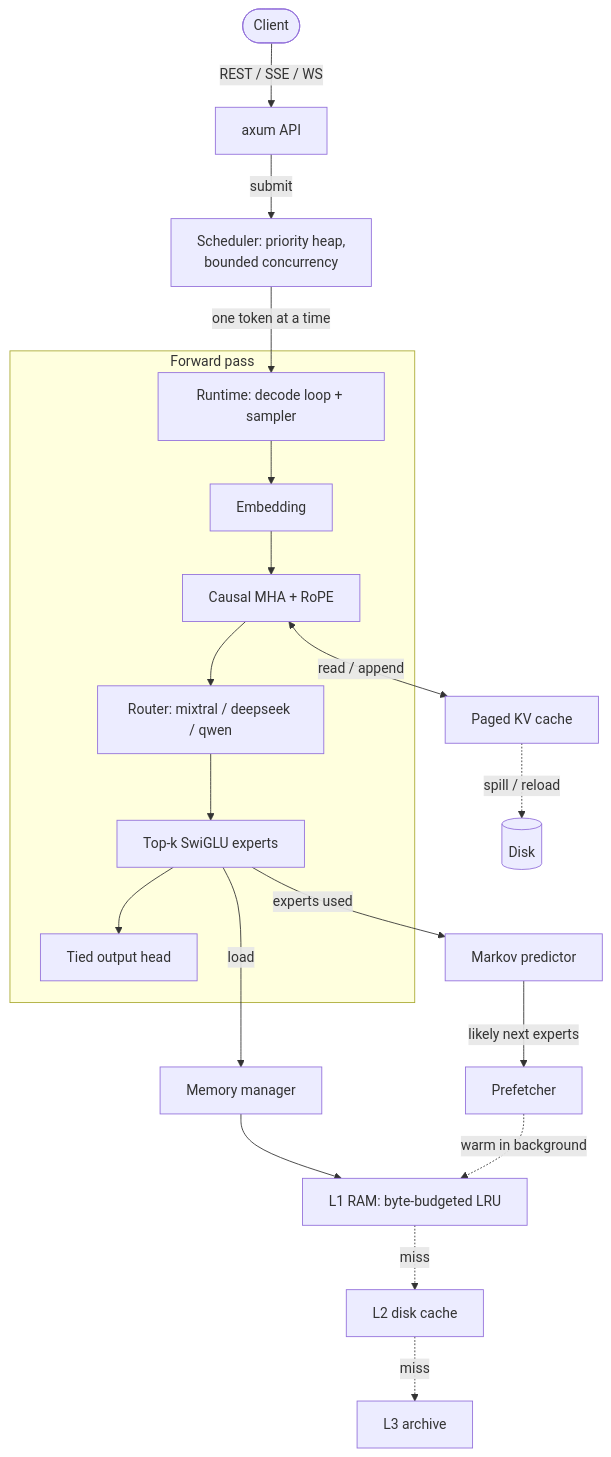
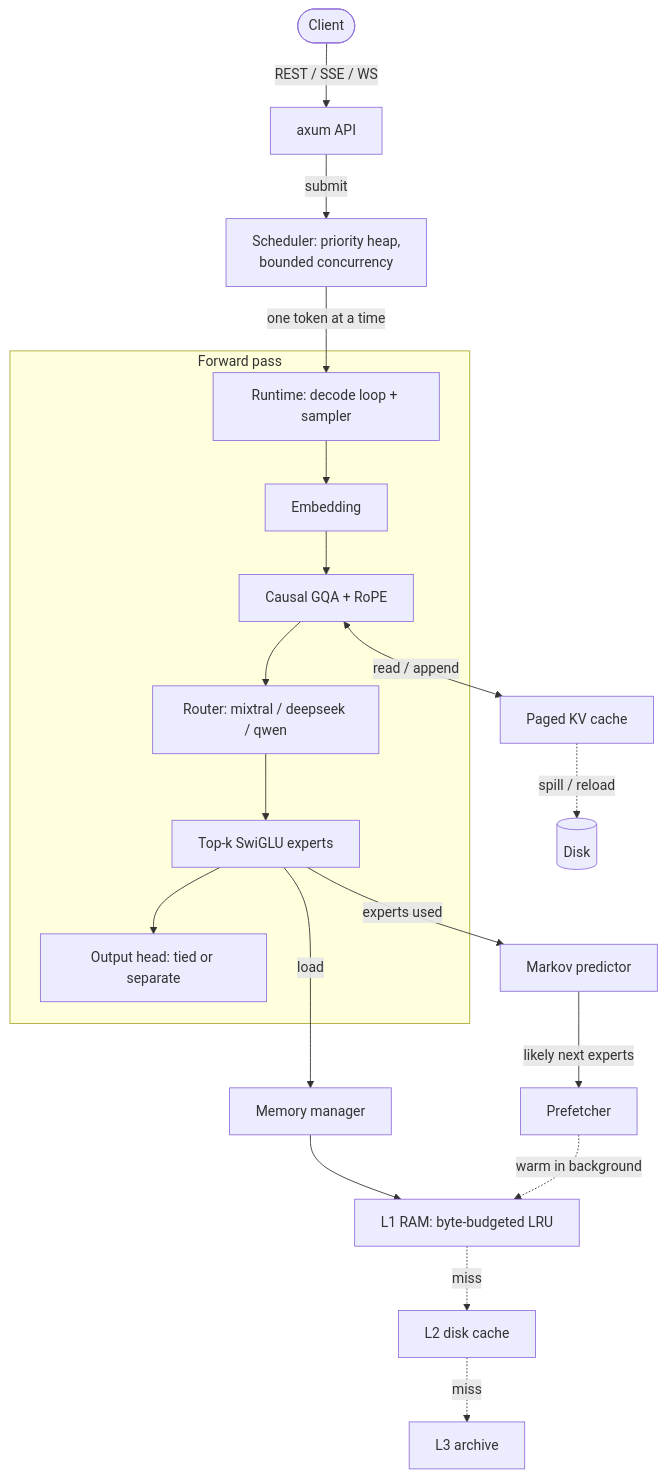
The diagram in README.md (hanumanit/garuda), drawn with Mermaid before and after one commit.

Commit message:
docs: Correct two architecture-diagram labels in README
The forward-pass diagram said 'Causal MHA' but attention is grouped-query
(GQA) — n_kv_heads is separate from n_heads, with MHA as the special case.
And 'Tied output head' was only half true: the llama backend uses a separate
output.weight when the checkpoint ships one, and ties to the embedding only
when it doesn't.

````diff
--- a/README.md
+++ b/README.md
@@ -72,26 +72,26 @@
 ```mermaid
 graph TD
     Client([Client]) -->|REST / SSE / WS| API[axum API]
     API -->|submit| Sched[Scheduler: priority heap,<br/>bounded concurrency]
     Sched -->|one token at a time| RT[Runtime: decode loop + sampler]
 
     subgraph Forward pass
         RT --> Embed[Embedding]
-        Embed --> Attn[Causal MHA + RoPE]
+        Embed --> Attn[Causal GQA + RoPE]
         Attn --> Router[Router: mixtral / deepseek / qwen]
         Router --> Experts[Top-k SwiGLU experts]
-        Experts --> Logits[Tied output head]
+        Experts --> Logits[Output head: tied or separate]
     end
 
     Attn <-->|read / append| KV[Paged KV cache]
     KV -.->|spill / reload| Disk[(Disk)]
 
     Experts -->|load| MM[Memory manager]
     MM --> L1[L1 RAM: byte-budgeted LRU]
     L1 -.->|miss| L2[L2 disk cache]
     L2 -.->|miss| L3[L3 archive]
 
     Experts -->|experts used| Pred[Markov predictor]
     Pred -->|likely next experts| Pre[Prefetcher]
     Pre -.->|warm in background| L1
 ```
````
